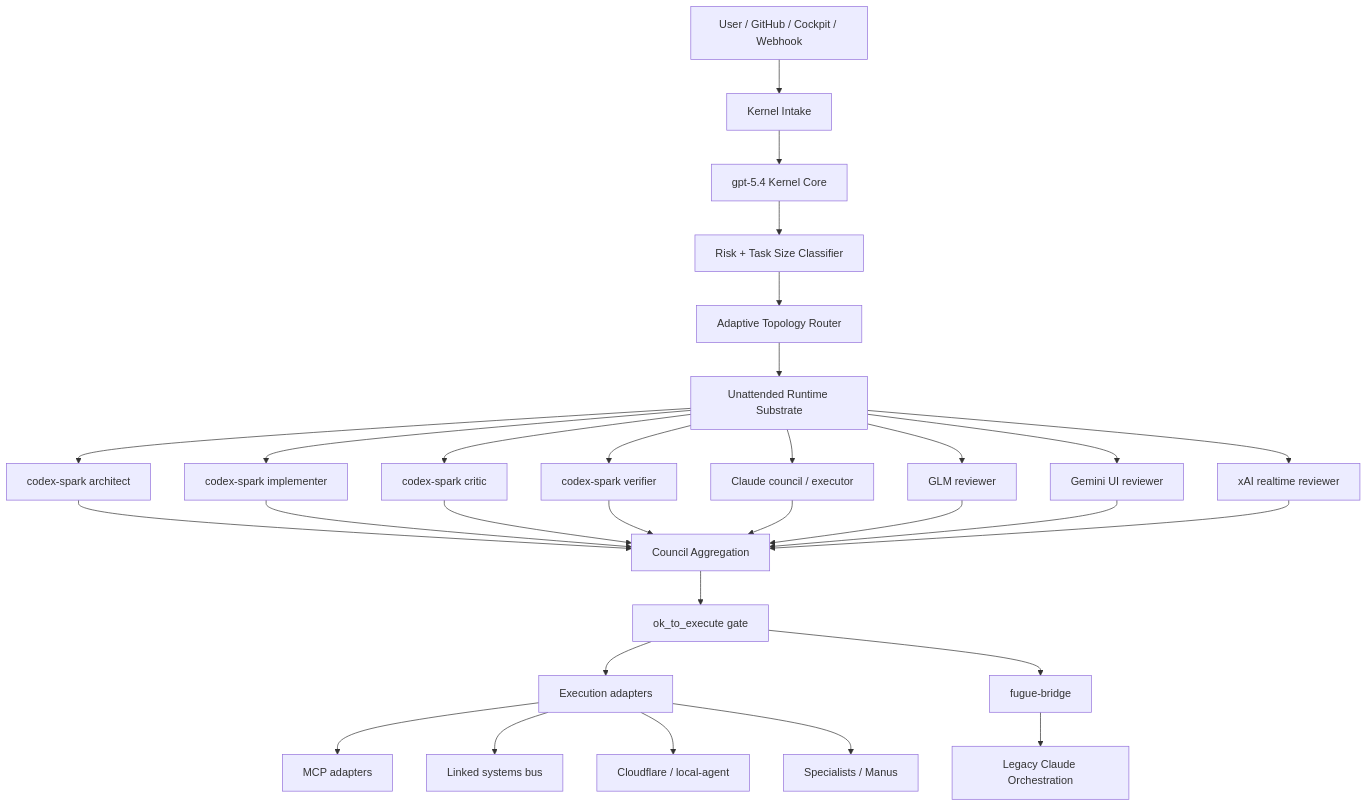
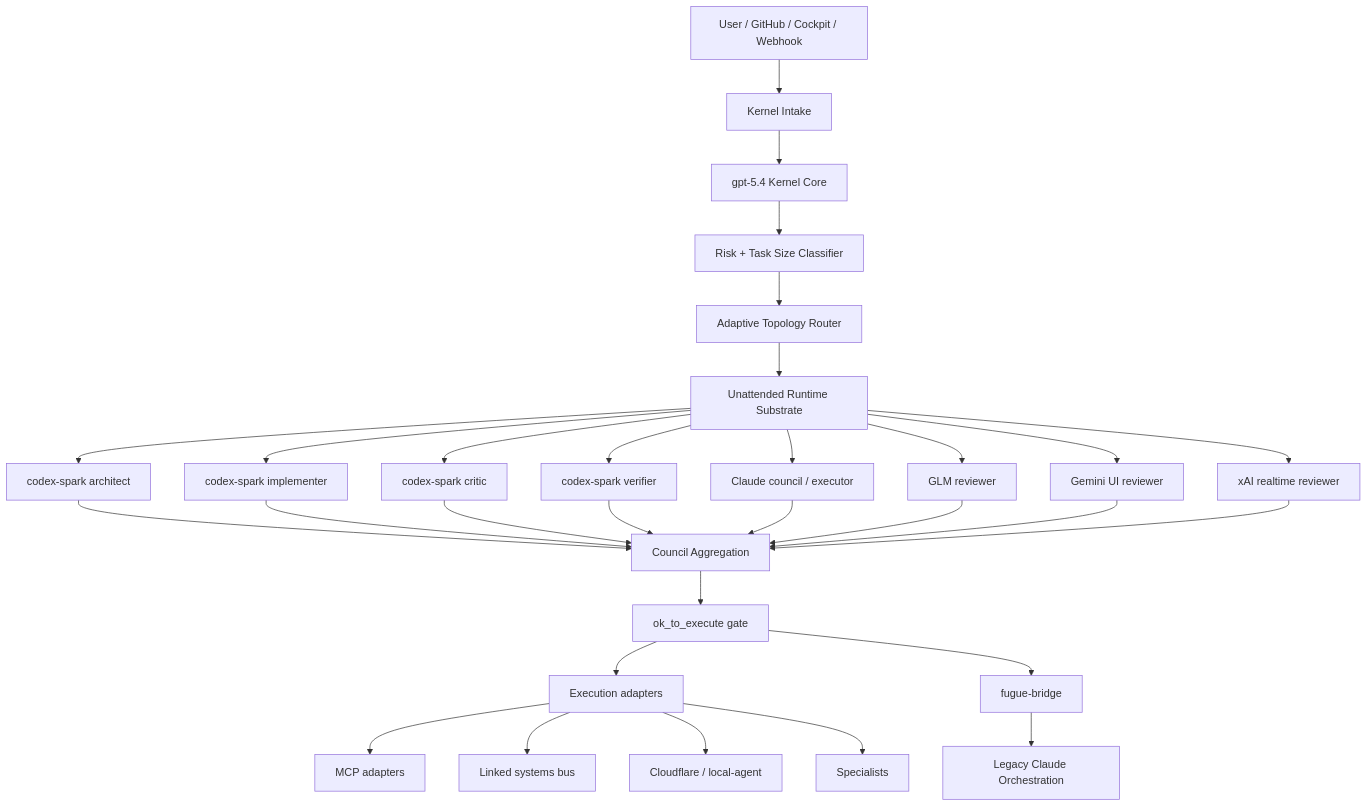
One commit to cursorvers/fugue-orchestrator changed the diagram in docs/kernel-structure.md. Above: the diagram before and after it, drawn with Mermaid. The commit also changed other lines of this file and 10 other files, not shown here.

````diff
--- a/docs/kernel-structure.md
+++ b/docs/kernel-structure.md
@@ -85,38 +85,38 @@
 ```mermaid
 flowchart TD
     U[User / GitHub / Cockpit / Webhook] --> I[Kernel Intake]
     I --> C[gpt-5.4 Kernel Core]
     C --> R[Risk + Task Size Classifier]
     R --> T[Adaptive Topology Router]
     T --> S[Unattended Runtime Substrate]
 
     S --> P1[codex-spark architect]
     S --> P2[codex-spark implementer]
     S --> P3[codex-spark critic]
     S --> P4[codex-spark verifier]
 
     S --> V1[Claude council / executor]
     S --> V2[GLM reviewer]
     S --> V3[Gemini UI reviewer]
     S --> V4[xAI realtime reviewer]
 
     P1 --> A[Council Aggregation]
     P2 --> A
     P3 --> A
     P4 --> A
     V1 --> A
     V2 --> A
     V3 --> A
     V4 --> A
 
     A --> G[ok_to_execute gate]
     G --> E[Execution adapters]
 
     E --> M[MCP adapters]
     E --> L[Linked systems bus]
     E --> W[Cloudflare / local-agent]
-    E --> SP[Specialists / Manus]
+    E --> SP[Specialists]
 
     G --> F[fugue-bridge]
     F --> LF[Legacy Claude Orchestration]
 ```
````
